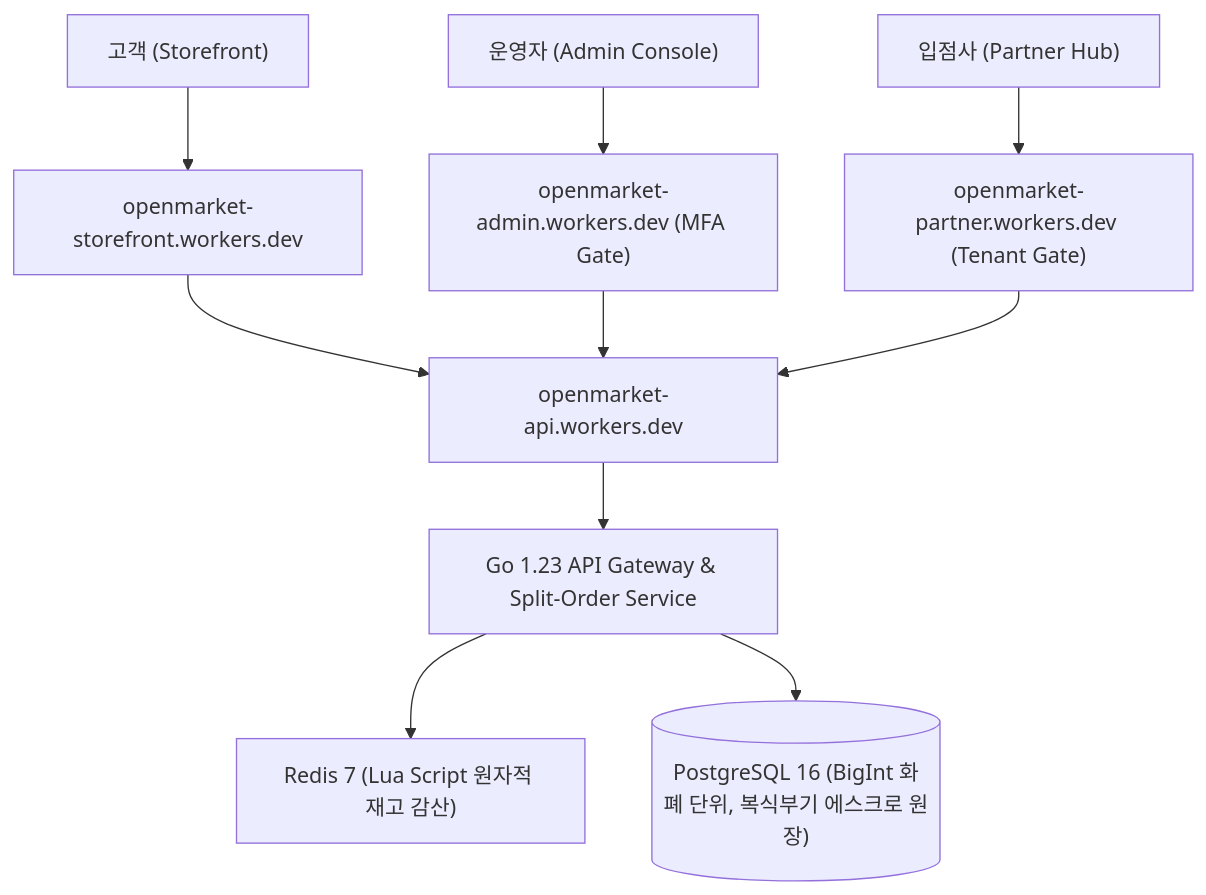
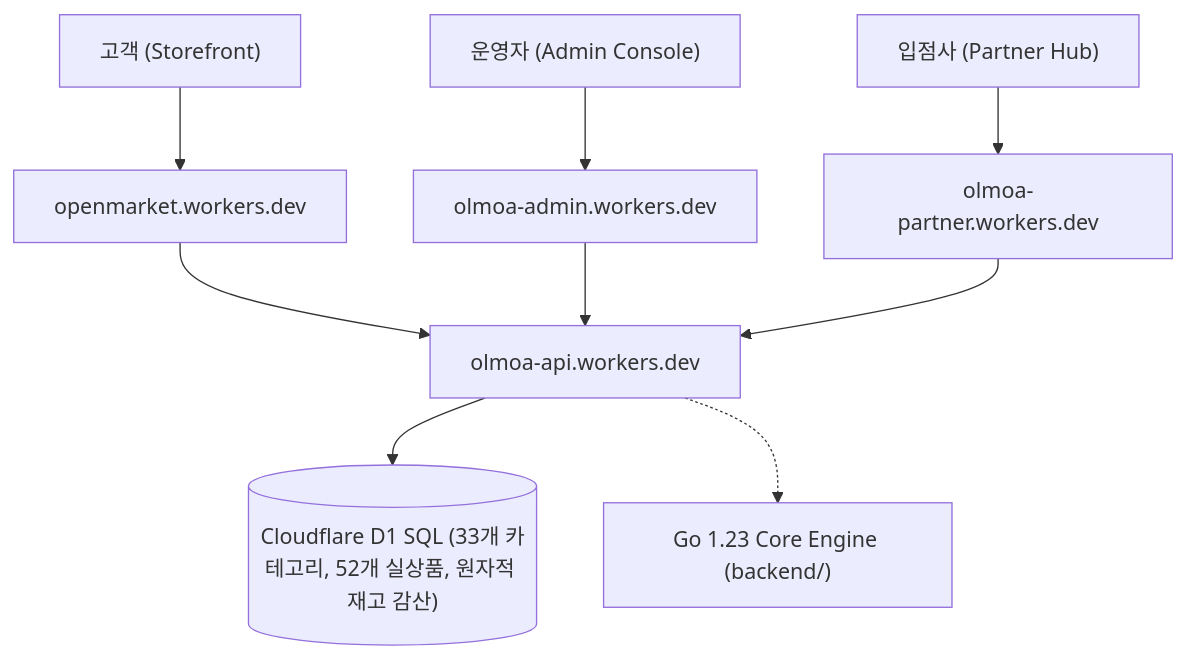
Before and after one commit to dnjstjqppk-dev/openmarket: the diagram in README.md, drawn with Mermaid. The commit also changed other lines of this file and 45 other files, not shown here.

````diff
--- a/README.md
+++ b/README.md
@@ -26,11 +27,10 @@
 ```mermaid
 flowchart TD
-    Buyer["고객 (Storefront)"] --> CF_Store["openmarket-storefront.workers.dev"]
-    Admin["운영자 (Admin Console)"] --> CF_Admin["openmarket-admin.workers.dev (MFA Gate)"]
-    Partner["입점사 (Partner Hub)"] --> CF_Partner["openmarket-partner.workers.dev (Tenant Gate)"]
+    Buyer["고객 (Storefront)"] --> CF_Store["openmarket.workers.dev"]
+    Admin["운영자 (Admin Console)"] --> CF_Admin["olmoa-admin.workers.dev"]
+    Partner["입점사 (Partner Hub)"] --> CF_Partner["olmoa-partner.workers.dev"]
     
-    CF_Store & CF_Admin & CF_Partner --> CF_API["openmarket-api.workers.dev"]
-    CF_API --> GoEngine["Go 1.23 API Gateway & Split-Order Service"]
-    GoEngine --> Redis["Redis 7 (Lua Script 원자적 재고 감산)"]
-    GoEngine --> PG[("PostgreSQL 16 (BigInt 화폐 단위, 복식부기 에스크로 원장)")]
+    CF_Store & CF_Admin & CF_Partner --> CF_API["olmoa-api.workers.dev"]
+    CF_API --> D1[("Cloudflare D1 SQL (33개 카테고리, 52개 실상품, 원자적 재고 감산)")]
+    CF_API -.-> GoEngine["Go 1.23 Core Engine (backend/)"]
 ```
````
